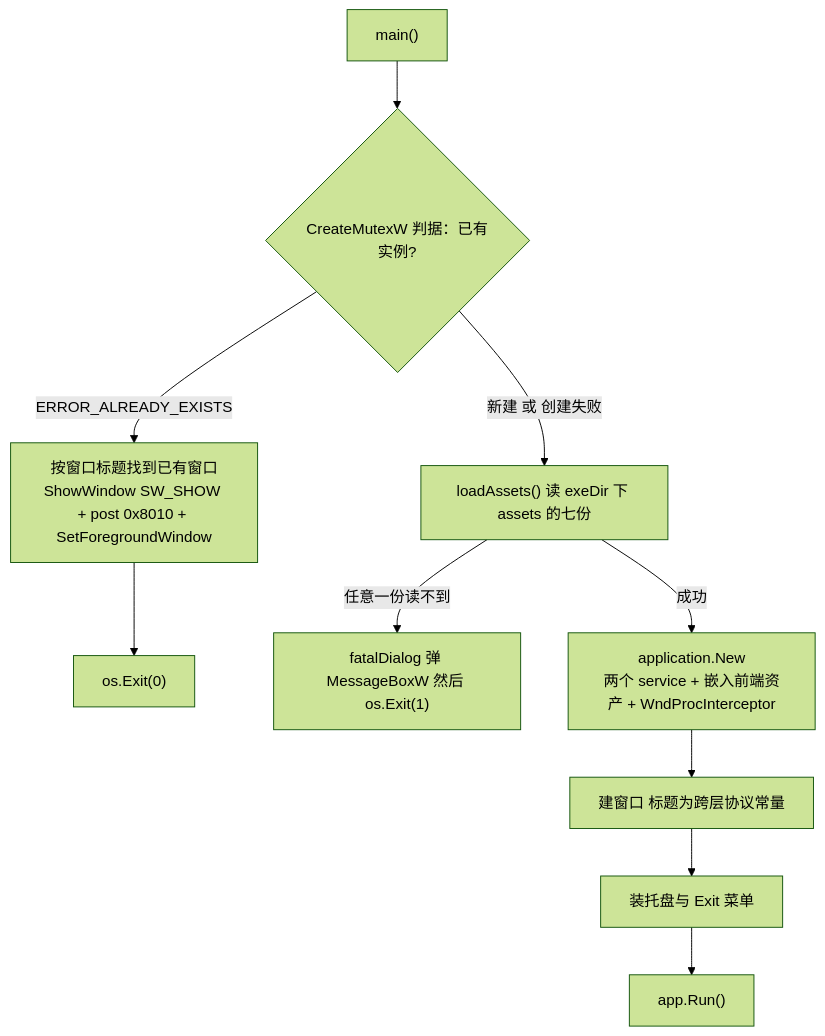
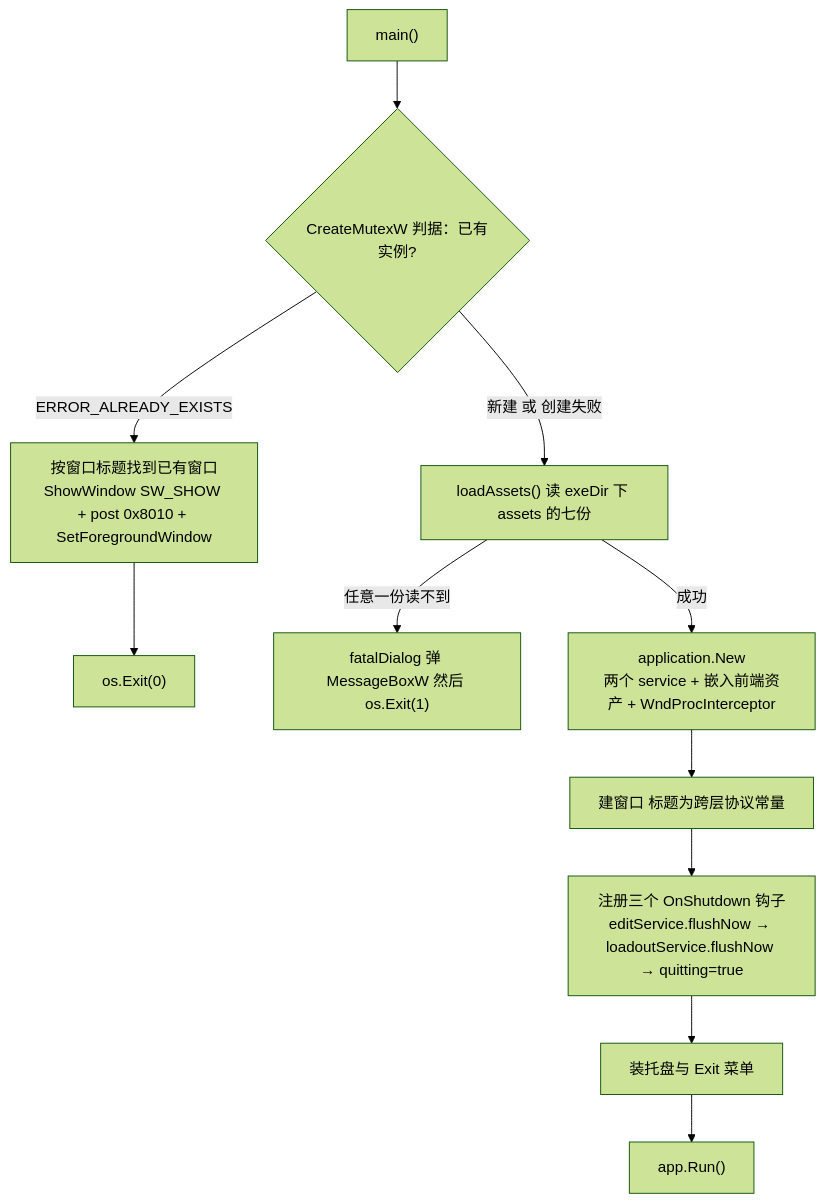
The first of 2 diagrams in openwiki/architecture/visual-tool.md (baagod/GBFR-Sigil-Loadout), drawn with Mermaid (forest theme) before and after one commit. The commit also changed other lines of this file and 47 other files, not shown here.

````diff
--- a/openwiki/architecture/visual-tool.md
+++ b/openwiki/architecture/visual-tool.md
@@ -47,12 +59,13 @@
 ```mermaid
 flowchart TD
     Main["main()"] --> Single{"CreateMutexW 判据：已有实例?"}
     Single -->|"ERROR_ALREADY_EXISTS"| Activate["按窗口标题找到已有窗口<br/>ShowWindow SW_SHOW + post 0x8010 + SetForegroundWindow"]
     Activate --> ExitZero["os.Exit(0)"]
     Single -->|"新建 或 创建失败"| Load["loadAssets() 读 exeDir 下 assets 的七份"]
     Load -->|"任意一份读不到"| Bad["fatalDialog 弹 MessageBoxW 然后 os.Exit(1)"]
     Load -->|"成功"| Assemble["application.New<br/>两个 service + 嵌入前端资产 + WndProcInterceptor"]
     Assemble --> Window["建窗口 标题为跨层协议常量"]
-    Window --> Tray["装托盘与 Exit 菜单"]
+    Window --> Hooks["注册三个 OnShutdown 钩子<br/>editService.flushNow → loadoutService.flushNow → quitting=true"]
+    Hooks --> Tray["装托盘与 Exit 菜单"]
     Tray --> Run["app.Run()"]
 ```
````
